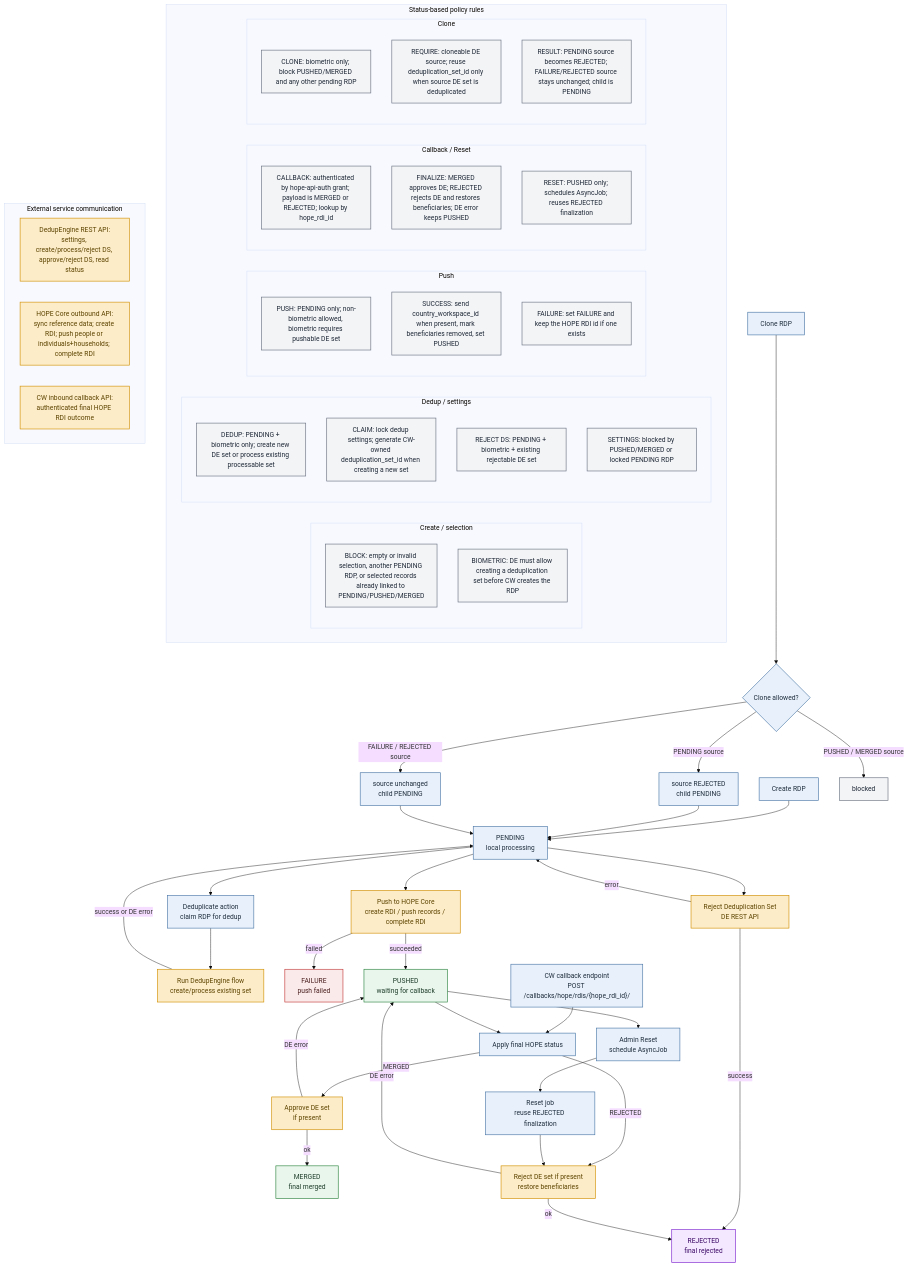
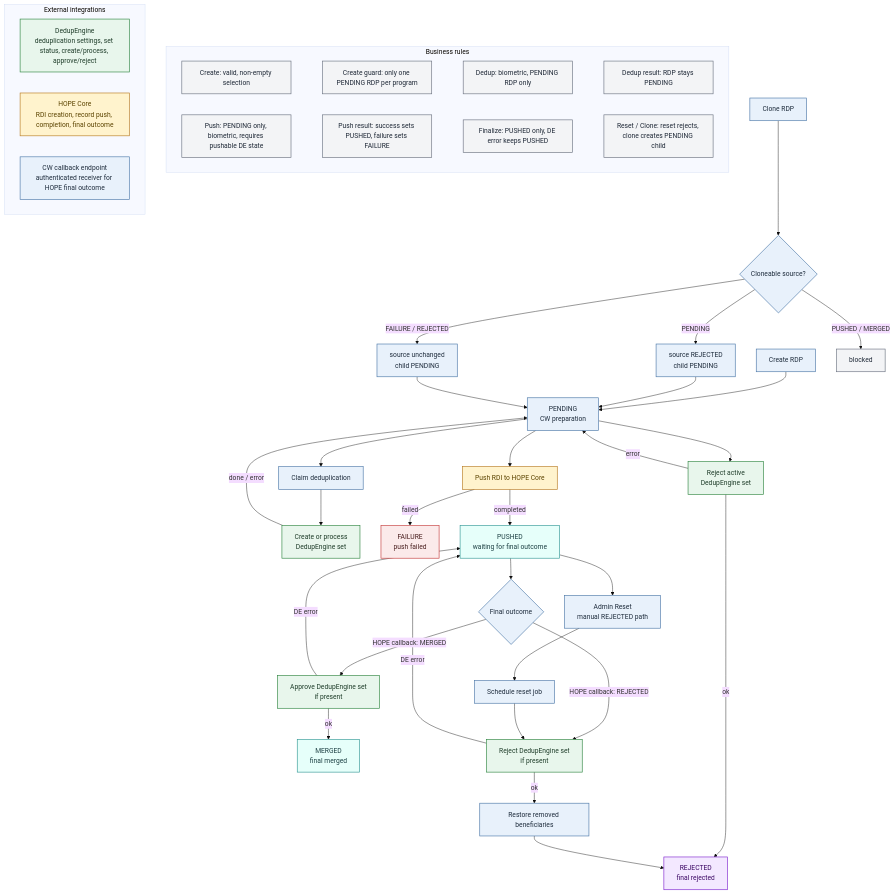
One commit to unicef/hope-country-workspace changed the second of 2 diagrams in docs/src/flows/rdp_lifecycle.md. Above: the diagram before and after it, drawn with Mermaid (base theme). The commit also changed other lines of this file and 7 other files, not shown here.

````diff
--- a/docs/src/flows/rdp_lifecycle.md
+++ b/docs/src/flows/rdp_lifecycle.md
@@ -54,90 +50,75 @@
 ```mermaid
 flowchart TB
-    CREATE["Create RDP"] --> PENDING["PENDING<br>local processing"]
+    CREATE["Create RDP"] --> PENDING["PENDING<br>CW preparation"]
 
-    PENDING --> DEDUP_CLAIM["Deduplicate action<br>claim RDP for dedup"]
-    DEDUP_CLAIM --> DEDUP["Run DedupEngine flow<br>create/process existing set"]
-    DEDUP -->|success or DE error| PENDING
+    PENDING --> DEDUP_CLAIM["Claim deduplication"]
+    DEDUP_CLAIM --> DEDUP["Create or process<br>DedupEngine set"]
+    DEDUP -->|done / error| PENDING
 
-    PENDING --> REJECT_DS["Reject Deduplication Set<br>DE REST API"]
-    REJECT_DS -->|success| REJECTED["REJECTED<br>final rejected"]
+    PENDING --> REJECT_DS["Reject active<br>DedupEngine set"]
+    REJECT_DS -->|ok| REJECTED["REJECTED<br>final rejected"]
     REJECT_DS -->|error| PENDING
 
-    PENDING --> HOPE_PUSH["Push to HOPE Core<br>create RDI / push records / complete RDI"]
+    PENDING --> HOPE_PUSH["Push RDI to HOPE Core"]
     HOPE_PUSH -->|failed| FAILURE["FAILURE<br>push failed"]
-    HOPE_PUSH -->|succeeded| PUSHED["PUSHED<br>waiting for callback"]
+    HOPE_PUSH -->|completed| PUSHED["PUSHED<br>waiting for final outcome"]
 
-    HOPE_CALLBACK["CW callback endpoint<br>POST /callbacks/hope/rdis/{hope_rdi_id}/"] --> CALLBACK["Apply final HOPE status"]
-    PUSHED --> CALLBACK
+    PUSHED --> OUTCOME{"Final outcome"}
 
-    CALLBACK -->|MERGED| FINALIZE_MERGED["Approve DE set<br>if present"]
-    FINALIZE_MERGED -->|ok| MERGED["MERGED<br>final merged"]
-    FINALIZE_MERGED -->|DE error| PUSHED
+    OUTCOME -->|HOPE callback: MERGED| APPROVE_DE["Approve DedupEngine set<br>if present"]
+    APPROVE_DE -->|ok| MERGED["MERGED<br>final merged"]
+    APPROVE_DE -->|DE error| PUSHED
 
-    CALLBACK -->|REJECTED| FINALIZE_REJECTED["Reject DE set if present<br>restore beneficiaries"]
-    FINALIZE_REJECTED -->|ok| REJECTED
-    FINALIZE_REJECTED -->|DE error| PUSHED
+    OUTCOME -->|HOPE callback: REJECTED| REJECT_DE["Reject DedupEngine set<br>if present"]
+    PUSHED --> RESET["Admin Reset<br>manual REJECTED path"]
+    RESET --> RESET_JOB["Schedule reset job"]
+    RESET_JOB --> REJECT_DE
 
-    PUSHED --> RESET["Admin Reset<br>schedule AsyncJob"]
-    RESET --> RESET_JOB["Reset job<br>reuse REJECTED finalization"]
-    RESET_JOB --> FINALIZE_REJECTED
+    REJECT_DE -->|ok| RESTORE["Restore removed beneficiaries"]
+    REJECT_DE -->|DE error| PUSHED
+    RESTORE --> REJECTED
 
-    CLONE["Clone RDP"] --> CLONE_CHECK{"Clone allowed?"}
-    CLONE_CHECK -->|PENDING source| CLONE_PENDING["source REJECTED<br>child PENDING"]
-    CLONE_CHECK -->|FAILURE / REJECTED source| CLONE_FINAL["source unchanged<br>child PENDING"]
-    CLONE_CHECK -->|PUSHED / MERGED source| CLONE_BLOCKED["blocked"]
+    CLONE["Clone RDP"] --> CLONE_RULES{"Cloneable source?"}
+    CLONE_RULES -->|PENDING| CLONE_PENDING["source REJECTED<br>child PENDING"]
+    CLONE_RULES -->|FAILURE / REJECTED| CLONE_FINAL["source unchanged<br>child PENDING"]
+    CLONE_RULES -->|PUSHED / MERGED| CLONE_BLOCKED["blocked"]
     CLONE_PENDING --> PENDING
     CLONE_FINAL --> PENDING
 
-    subgraph STATUS_RULES["Status-based policy rules"]
-        subgraph CREATE_RULES["Create / selection"]
-            CR["BLOCK: empty or invalid selection, another PENDING RDP, or selected records already linked to PENDING/PUSHED/MERGED"]
-            CB["BIOMETRIC: DE must allow creating a deduplication set before CW creates the RDP"]
-        end
+    subgraph RULES["Business rules"]
+        direction LR
 
-        subgraph DEDUP_RULES["Dedup / settings"]
-            DR["DEDUP: PENDING + biometric only; create new DE set or process existing processable set"]
-            DL["CLAIM: lock dedup settings; generate CW-owned deduplication_set_id when creating a new set"]
-            RR["REJECT DS: PENDING + biometric + existing rejectable DE set"]
-            SR["SETTINGS: blocked by PUSHED/MERGED or locked PENDING RDP"]
-        end
+        R1["Create: valid, non-empty selection"] ~~~
+        R2["Create guard: only one PENDING RDP per program"] ~~~
+        R3["Dedup: biometric, PENDING RDP only"] ~~~
+        R4["Dedup result: RDP stays PENDING"]
 
-        subgraph PUSH_RULES["Push"]
-            PR["PUSH: PENDING only; non-biometric allowed, biometric requires pushable DE set"]
-            PS["SUCCESS: send country_workspace_id when present, mark beneficiaries removed, set PUSHED"]
-            PF["FAILURE: set FAILURE and keep the HOPE RDI id if one exists"]
-        end
-
-        subgraph CALLBACK_RULES["Callback / Reset"]
-            CA["CALLBACK: authenticated by hope-api-auth grant; payload is MERGED or REJECTED; lookup by hope_rdi_id"]
-            CF["FINALIZE: MERGED approves DE; REJECTED rejects DE and restores beneficiaries; DE error keeps PUSHED"]
-            RA["RESET: PUSHED only; schedules AsyncJob; reuses REJECTED finalization"]
-        end
-
-        subgraph CLONE_RULES["Clone"]
-            CL["CLONE: biometric only; block PUSHED/MERGED and any other pending RDP"]
-            CD["REQUIRE: cloneable DE source; reuse deduplication_set_id only when source DE set is deduplicated"]
-            CS["RESULT: PENDING source becomes REJECTED; FAILURE/REJECTED source stays unchanged; child is PENDING"]
-        end
+        R5["Push: PENDING only, biometric, requires pushable DE state"] ~~~
+        R6["Push result: success sets PUSHED, failure sets FAILURE"] ~~~
+        R7["Finalize: PUSHED only, DE error keeps PUSHED"] ~~~
+        R8["Reset / Clone: reset rejects, clone creates PENDING child"]
     end
 
-    subgraph EXTERNAL["External service communication"]
-        X1["DedupEngine REST API:<br>settings, create/process/reject DS, approve/reject DS, read status"]
-        X2["HOPE Core outbound API:<br>sync reference data; create RDI; push people or individuals+households; complete RDI"]
-        X3["CW inbound callback API:<br>authenticated final HOPE RDI outcome"]
+    subgraph SERVICES["External integrations"]
+        DE_API["DedupEngine<br>deduplication settings, set status, create/process, approve/reject"]
+        HOPE_API["HOPE Core<br>RDI creation, record push, completion, final outcome"]
+        CW_CB["CW callback endpoint<br>authenticated receiver for HOPE final outcome"]
     end
 
     classDef local fill:#E8F1FB,stroke:#4C78A8,stroke-width:1.5px,color:#1F2D3D;
-    classDef external fill:#FDECC8,stroke:#D18F00,stroke-width:1.5px,color:#5C4400;
-    classDef success fill:#E8F6EC,stroke:#2E8540,stroke-width:1.5px,color:#1F3D2A;
+    classDef de fill:#E8F6EC,stroke:#2E8540,stroke-width:1.5px,color:#1F3D2A;
+    classDef hope fill:#FFF3CD,stroke:#B7791F,stroke-width:1.5px,color:#5C4400;
+    classDef success fill:#E6FFFA,stroke:#319795,stroke-width:1.5px,color:#1D4044;
     classDef failed fill:#FBEAEA,stroke:#C43B3B,stroke-width:1.5px,color:#4A1F1F;
-    classDef neutral fill:#F3F4F6,stroke:#6B7280,stroke-width:1.5px,color:#1F2937;
     classDef rejected fill:#F3E8FF,stroke:#7E22CE,stroke-width:1.5px,color:#3B0764;
+    classDef rule fill:#F3F4F6,stroke:#6B7280,stroke-width:1.5px,color:#1F2937;
 
-    class PENDING,CREATE,DEDUP_CLAIM,CALLBACK,HOPE_CALLBACK,RESET,RESET_JOB,CLONE,CLONE_CHECK,CLONE_PENDING,CLONE_FINAL local;
-    class DEDUP,REJECT_DS,HOPE_PUSH,FINALIZE_MERGED,FINALIZE_REJECTED,X1,X2,X3 external;
+    class CREATE,PENDING,DEDUP_CLAIM,OUTCOME,RESET,RESET_JOB,RESTORE,CLONE,CLONE_RULES,CLONE_PENDING,CLONE_FINAL local;
+    class DEDUP,REJECT_DS,APPROVE_DE,REJECT_DE,DE_API de;
+    class HOPE_PUSH,HOPE_API hope;
+    class CW_CB local;
     class PUSHED,MERGED success;
     class FAILURE failed;
     class REJECTED rejected;
-    class CLONE_BLOCKED,CR,CB,DR,DL,RR,SR,PR,PS,PF,CA,CF,RA,CL,CD,CS neutral;
+    class CLONE_BLOCKED,R1,R2,R3,R4,R5,R6,R7,R8 rule;
 ```
````
